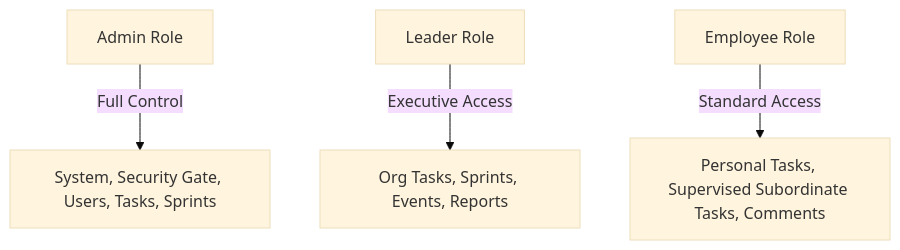
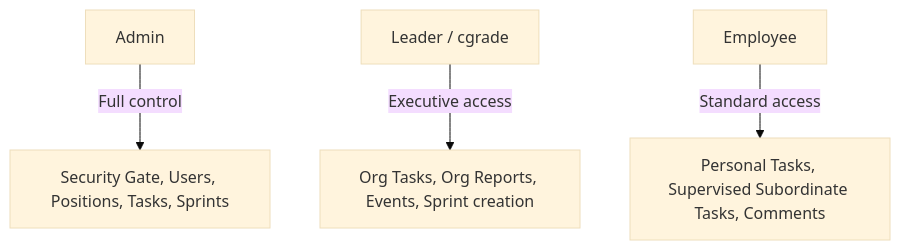
The third of 3 diagrams in security_and_features_report.md (mayesha-3/KanbaKan), drawn with Mermaid (base theme) before and after one commit. The commit also changed other lines of this file, not shown here.

First line of the commit message:
Revise security and features report

````diff
--- a/security_and_features_report.md
+++ b/security_and_features_report.md
@@ -146,6 +186,6 @@
 ```mermaid
 graph TD
-    Admin[Admin Role] -->|Full Control| System[System, Security Gate, Users, Tasks, Sprints]
-    Leader[Leader Role] -->|Executive Access| Exec[Org Tasks, Sprints, Events, Reports]
-    Employee[Employee Role] -->|Standard Access| Std[Personal Tasks, Supervised Subordinate Tasks, Comments]
+    Admin[Admin] -->|Full control| System[Security Gate, Users, Positions, Tasks, Sprints]
+    Leader[Leader / cgrade] -->|Executive access| Exec[Org Tasks, Org Reports, Events, Sprint creation]
+    Employee[Employee] -->|Standard access| Std[Personal Tasks, Supervised Subordinate Tasks, Comments]
 ```
````
